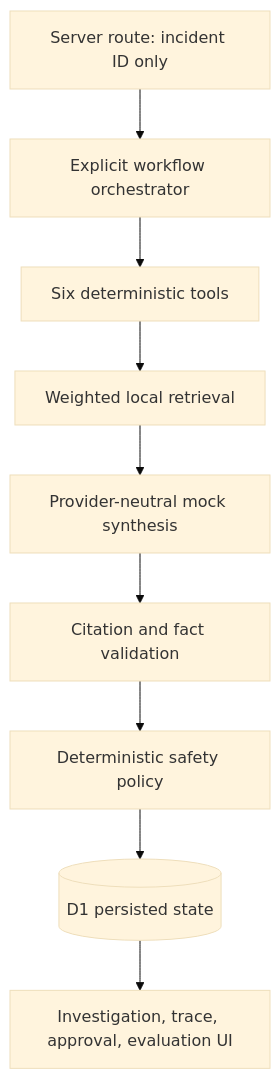
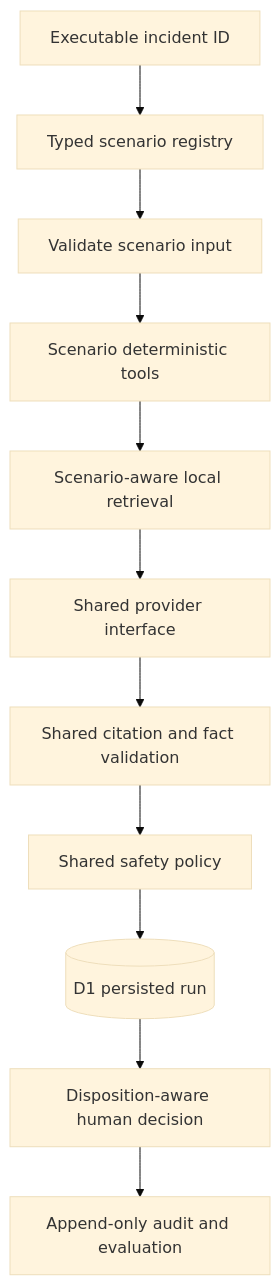
One commit to TheKhozaChain/Murex_FDE changed the diagram in docs/architecture.md. Above: the diagram before and after it, drawn with Mermaid (base theme). The commit also changed other lines of this file and 42 other files, not shown here.

Commit message:
feat: generalise executable investigation scenarios

````diff
--- a/docs/architecture.md
+++ b/docs/architecture.md
@@ -31,11 +3,13 @@
 ```mermaid
 flowchart TD
-  API[Server route: incident ID only] --> WF[Explicit workflow orchestrator]
-  WF --> T[Six deterministic tools]
-  T --> RET[Weighted local retrieval]
-  RET --> MOCK[Provider-neutral mock synthesis]
-  MOCK --> CV[Citation and fact validation]
-  CV --> POL[Deterministic safety policy]
-  POL --> D1[(D1 persisted state)]
-  D1 --> UI[Investigation, trace, approval, evaluation UI]
+  I[Executable incident ID] --> REG[Typed scenario registry]
+  REG --> V[Validate scenario input]
+  V --> D[Scenario deterministic tools]
+  D --> R[Scenario-aware local retrieval]
+  R --> S[Shared provider interface]
+  S --> C[Shared citation and fact validation]
+  C --> P[Shared safety policy]
+  P --> D1[(D1 persisted run)]
+  D1 --> H[Disposition-aware human decision]
+  H --> A[Append-only audit and evaluation]
 ```
````
